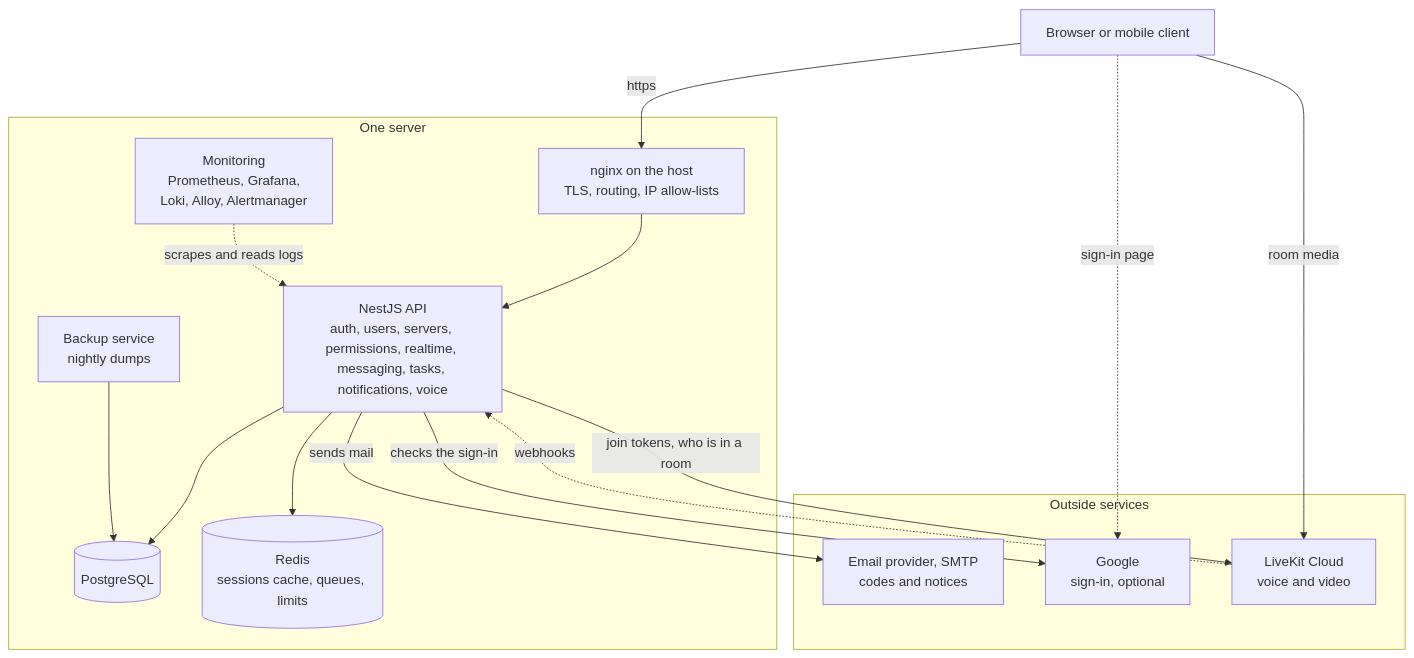
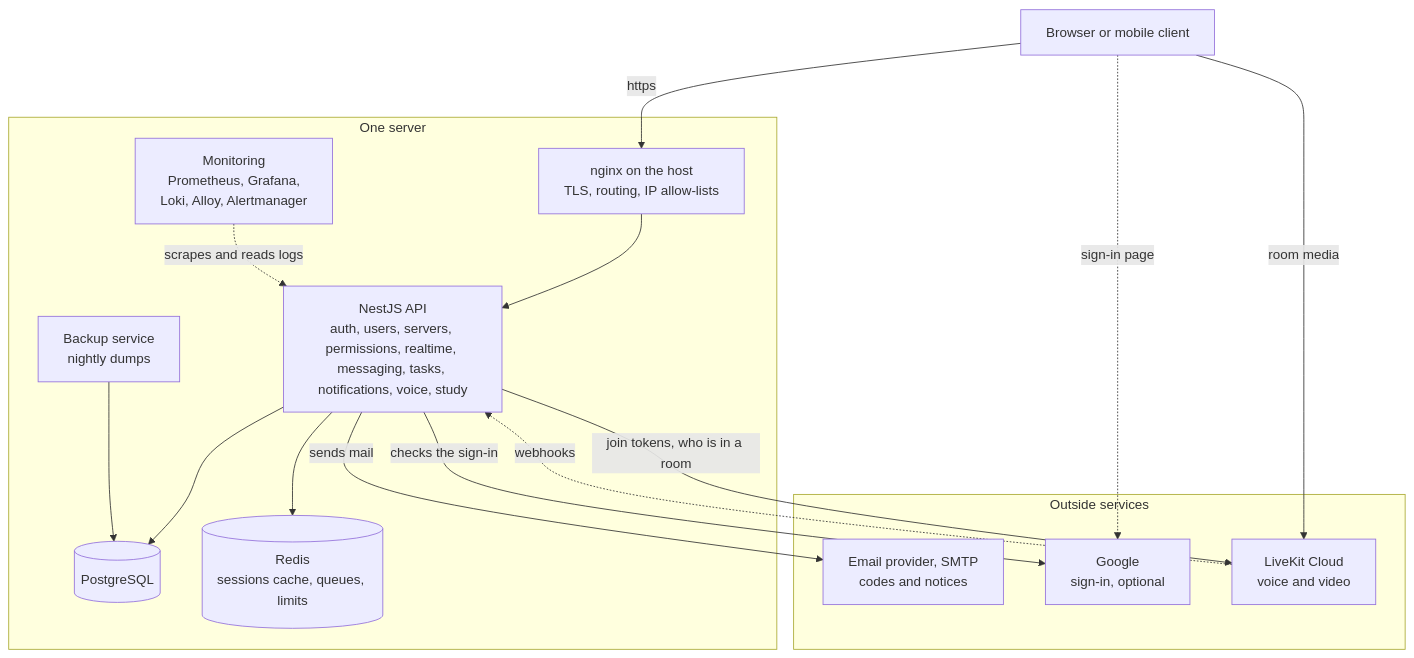
The first of 5 diagrams in OVERVIEW.md (StoriuSs/NezFocus-Backend), drawn with Mermaid before and after one commit. The commit also changed other lines of this file and 22 other files, not shown here.

````diff
--- a/OVERVIEW.md
+++ b/OVERVIEW.md
@@ -75,32 +75,32 @@
 ```mermaid
 flowchart TB
     Browser["Browser or mobile client"]
 
     subgraph stack["One server"]
         Nginx["nginx on the host<br/>TLS, routing, IP allow-lists"]
-        App["NestJS API<br/>auth, users, servers, permissions, realtime, messaging, tasks, notifications, voice"]
+        App["NestJS API<br/>auth, users, servers, permissions, realtime, messaging, tasks, notifications, voice, study"]
         PG[("PostgreSQL")]
         RD[("Redis<br/>sessions cache, queues, limits")]
         Backup["Backup service<br/>nightly dumps"]
         Mon["Monitoring<br/>Prometheus, Grafana,<br/>Loki, Alloy, Alertmanager"]
     end
 
     subgraph outside["Outside services"]
         SMTP["Email provider, SMTP<br/>codes and notices"]
         Google["Google<br/>sign-in, optional"]
         LiveKit["LiveKit Cloud<br/>voice and video"]
     end
 
     Browser -->|https| Nginx
     Browser -.->|sign-in page| Google
     Browser -->|room media| LiveKit
     Nginx --> App
     App --> PG
     App --> RD
     App -->|sends mail| SMTP
     App -->|checks the sign-in| Google
     App -->|join tokens, who is in a room| LiveKit
     LiveKit -.->|webhooks| App
     Backup --> PG
     Mon -.->|scrapes and reads logs| App
 ```
````
